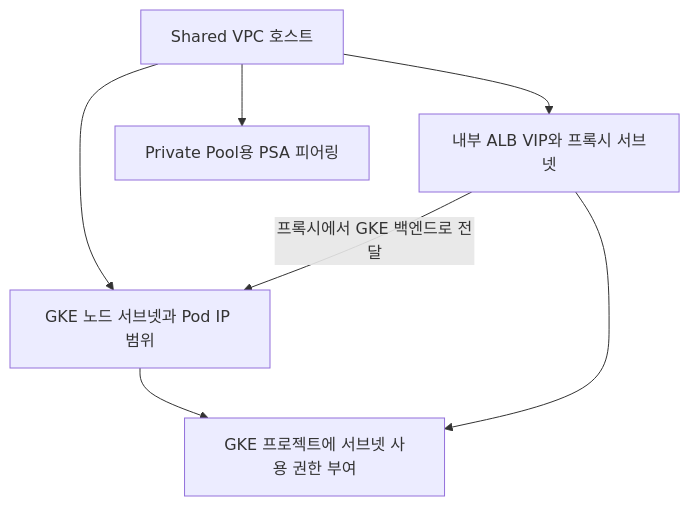
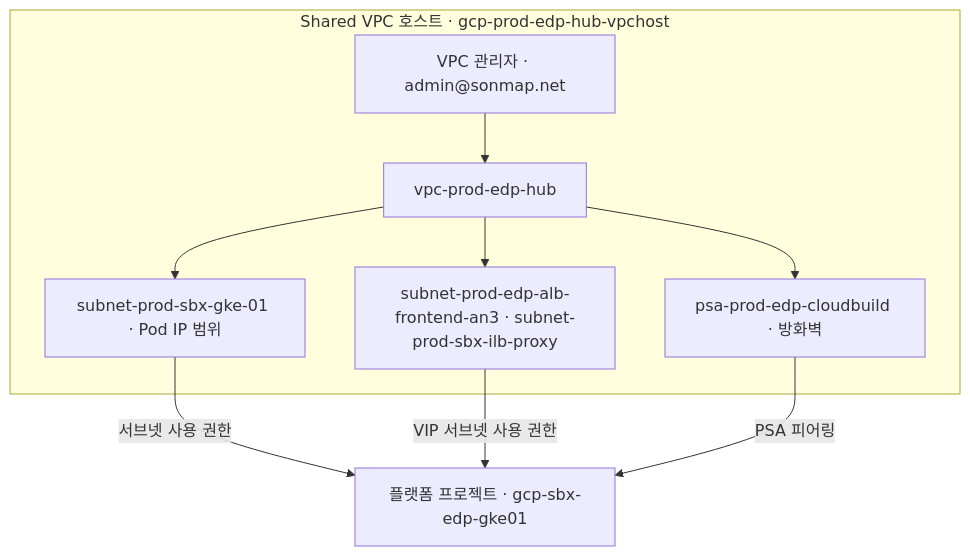
One commit to sonmap/GCP_SBX_Test01 changed the second of 7 diagrams in 01.docs/01-infra-setup.md. Above: the diagram before and after it, drawn with Mermaid. The commit also changed other lines of this file, not shown here.

Commit message:
Show project boundaries, resource names and operator roles in infrastructure diagrams

````diff
--- a/01.docs/01-infra-setup.md
+++ b/01.docs/01-infra-setup.md
@@ -144,9 +146,12 @@
 ```mermaid
 flowchart TD
-    A["Shared VPC 호스트"] --> B["GKE 노드 서브넷과 Pod IP 범위"]
-    A --> C["내부 ALB VIP와 프록시 서브넷"]
-    A --> D["Private Pool용 PSA 피어링"]
-    B --> E["GKE 프로젝트에 서브넷 사용 권한 부여"]
-    C --> E
-    C -->|프록시에서 GKE 백엔드로 전달| B
+    subgraph H["Shared VPC 호스트 · gcp-prod-edp-hub-vpchost"]
+      V["VPC 관리자 · admin@sonmap.net"] --> N["vpc-prod-edp-hub"]
+      N --> G["subnet-prod-sbx-gke-01 · Pod IP 범위"]
+      N --> A["subnet-prod-edp-alb-frontend-an3 · subnet-prod-sbx-ilb-proxy"]
+      N --> S["psa-prod-edp-cloudbuild · 방화벽"]
+    end
+    G -->|서브넷 사용 권한| P["플랫폼 프로젝트 · gcp-sbx-edp-gke01"]
+    A -->|VIP 서브넷 사용 권한| P
+    S -->|PSA 피어링| P
 ```
````
